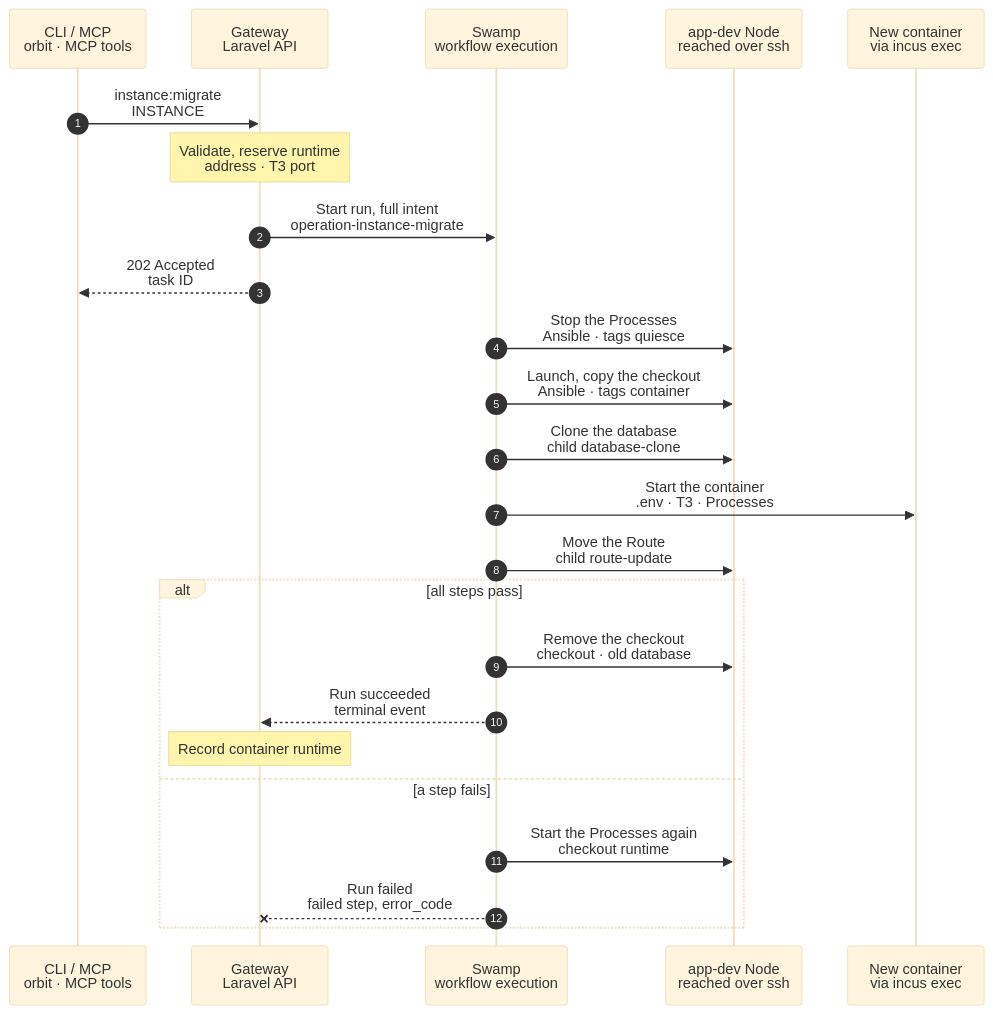
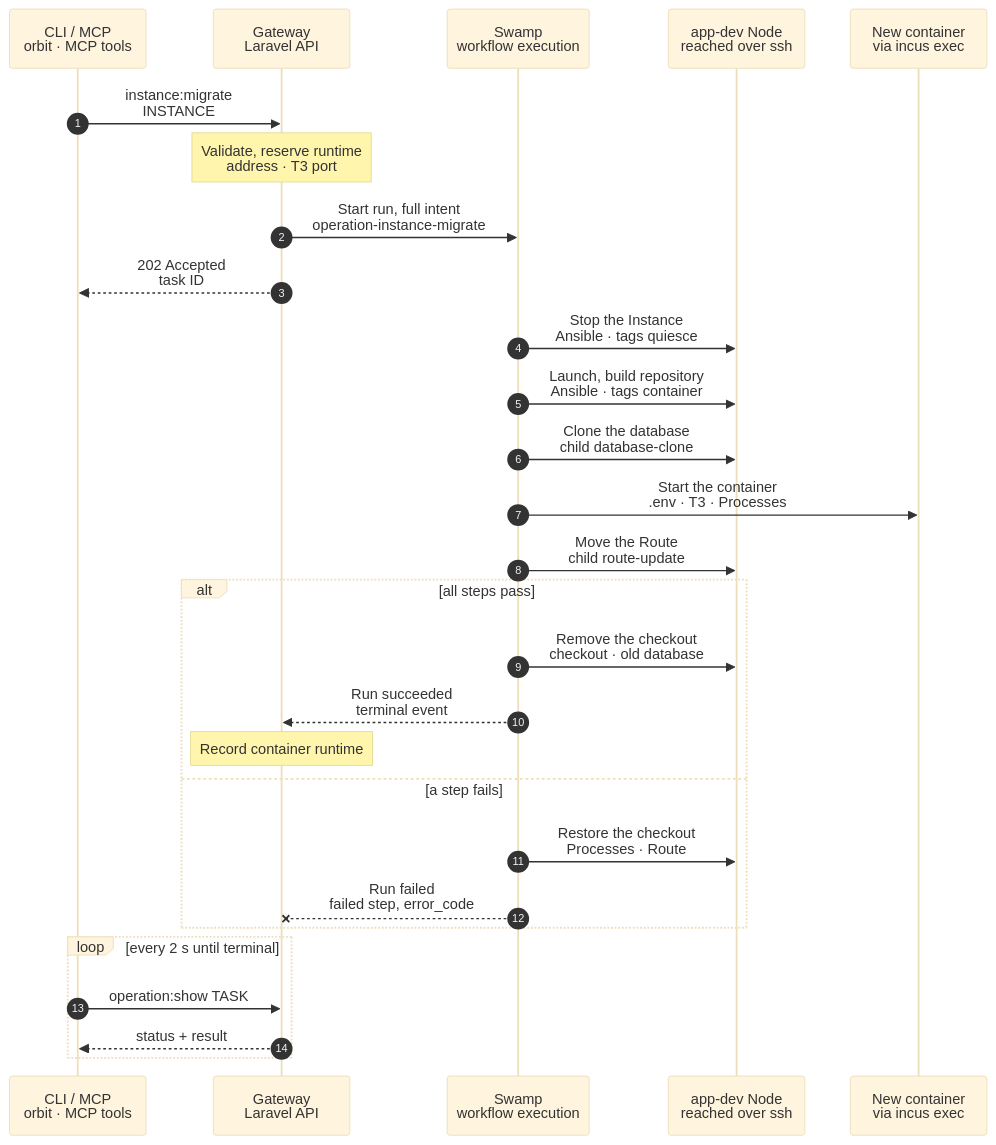
One commit to hardimpactdev/orbit changed the diagram in docs/cli/instance/container/migrate.mmd. Above: the diagram before and after it, drawn with Mermaid (base theme). The commit also changed 7 other files, not shown here.

First line of the commit message:
docs: apply the independent review to the decided step 6 design

```diff
--- a/docs/cli/instance/container/migrate.mmd
+++ b/docs/cli/instance/container/migrate.mmd
@@ -1,55 +1,64 @@
 sequenceDiagram
-  %% Target design, container runtime (ADR 0250 step 6, docs/reference/development-containers.md#migrate-a-checkout-instance): one checkout Instance moves into a container, with its code and its database. A default Instance moves before the other Instances of its Project. The command exists only until the last checkout Instance has moved.
+  %% Target design, container runtime (ADR 0250 step 6, docs/reference/development-containers.md#migrate-a-checkout-instance): one checkout Instance moves into a container, with its code and its database. A default Instance moves before the other Instances of its Project, and keeps its checkout until its last worktree has moved. The command exists only until the last checkout Instance has moved.
   %% status: draft
   %% command: instance:migrate
   %% kind: instance.migrate
   autonumber
   %% lane CLI icon=terminal pill=caller tone=gray
   %% lane GW icon=gateway pill=intent tone=blue
   %% lane SW icon=workflow pill=executes tone=green
   %% lane N icon=server pill=target tone=amber
   %% lane C icon=server pill=target tone=purple
   participant CLI as CLI / MCP<br/>orbit · MCP tools
   participant GW as Gateway<br/>Laravel API
   participant SW as Swamp<br/>workflow execution
   participant N as app-dev Node<br/>reached over ssh
   participant C as New container<br/>via incus exec
   CLI->>GW: instance:migrate<br/>INSTANCE
   %%> Command:
   %%> - `orbit instance:migrate INSTANCE`
   Note over GW: Validate, reserve runtime<br/>address · T3 port
   %%> Requirements:
   %%> - the Instance is an active checkout Instance on an `app-dev` Node
-  %%> - a non-default Instance needs its Project's default Instance in a container first
+  %%> - a non-default Instance needs its Project's default Instance in a container first, else `instance.default_not_migrated`
   %%> Result:
   %%> - the runtime record is reserved; the checkout stays the Instance's runtime until the run succeeds
+  %%> - a repository read token goes to the vault
   GW->>SW: Start run, full intent<br/>operation-instance-migrate
   GW-->>CLI: 202 Accepted<br/>task ID
-  SW->>N: Stop the Processes<br/>Ansible · tags quiesce
-  %%> Why:
-  %%> - no process writes the checkout or the database while they move
-  SW->>N: Launch, copy the checkout<br/>Ansible · tags container
+  SW->>N: Stop the Instance<br/>Ansible · tags quiesce
+  %%> What it does:
+  %%> - stops the Processes and puts the Route on the wake page, so nothing writes the checkout or the database while they move
+  SW->>N: Launch, build repository<br/>Ansible · tags container
   %%> What it does:
   %%> - launches a container from the image with the bridge address, limits and idmapped mounts
-  %%> - copies the checkout as it is, uncommitted and ignored files included, into `/srv/workspace`, and sets the owners, group and ACLs
+  %%> - fetches the Instance's branches on the Node with the read token and pushes them into a standalone repository in `/srv/workspace`; a non-default checkout is a worktree, so its `.git` is never copied
+  %%> - copies the checkout's uncommitted and ignored files into the workspace, and sets the owners, group and ACLs
   SW->>N: Clone the database<br/>child database-clone
   %%> What it does:
-  %%> - the database family clones the checkout's database into a new one for the container: a template copy on the same server, a dump and restore across servers
+  %%> - the database family clones the checkout's database into a new one: a template copy on the same server, a dump and restore across servers
   %%> - the old database stays until the run succeeds
   SW->>C: Start the container<br/>.env · T3 · Processes
   %%> What it does:
-  %%> - writes `.env` with the new database, starts the Processes as `orbit`
+  %%> - writes `.env` with the new database, keeping the Instance's `APP_KEY`, and starts the Processes as `orbit`
   %%> - a non-default Instance also gets `/etc/orbit/instance`, the agent settings and its T3 server, registered as in create
+  %%> - a default Instance gets its first `seed-<commit>` snapshot
   SW->>N: Move the Route<br/>child route-update
   %%> What it does:
   %%> - points the Instance's Route at FrankenPHP in the container, and withdraws the checkout's PHP-FPM pool
   alt all steps pass
     SW->>N: Remove the checkout<br/>checkout · old database
+    %%> What it does:
+    %%> - removes the checkout and the old database; a default's checkout stays until its last worktree has moved
     SW-->>GW: Run succeeded<br/>terminal event
     Note over GW: Record container runtime
   else a step fails
-    SW->>N: Start the Processes again<br/>checkout runtime
+    SW->>N: Restore the checkout<br/>Processes · Route
     %%> What it does:
-    %%> - the checkout and its database are untouched, so the Instance runs as before; the new container and database are removed
+    %%> - the checkout and its database are untouched, so the Instance serves as before; the new container and database are removed
     SW--xGW: Run failed<br/>failed step, error_code
   end
+  loop every 2 s until terminal
+    CLI->>GW: operation:show TASK
+    GW-->>CLI: status + result
+  end
```
